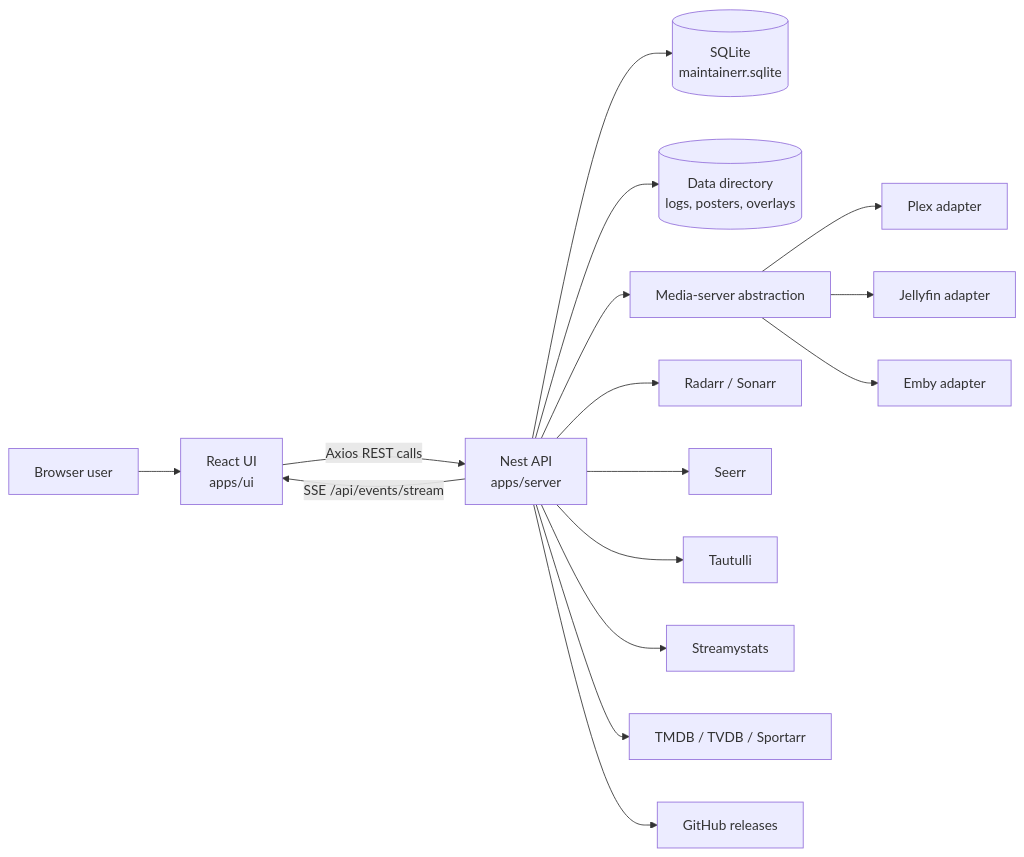
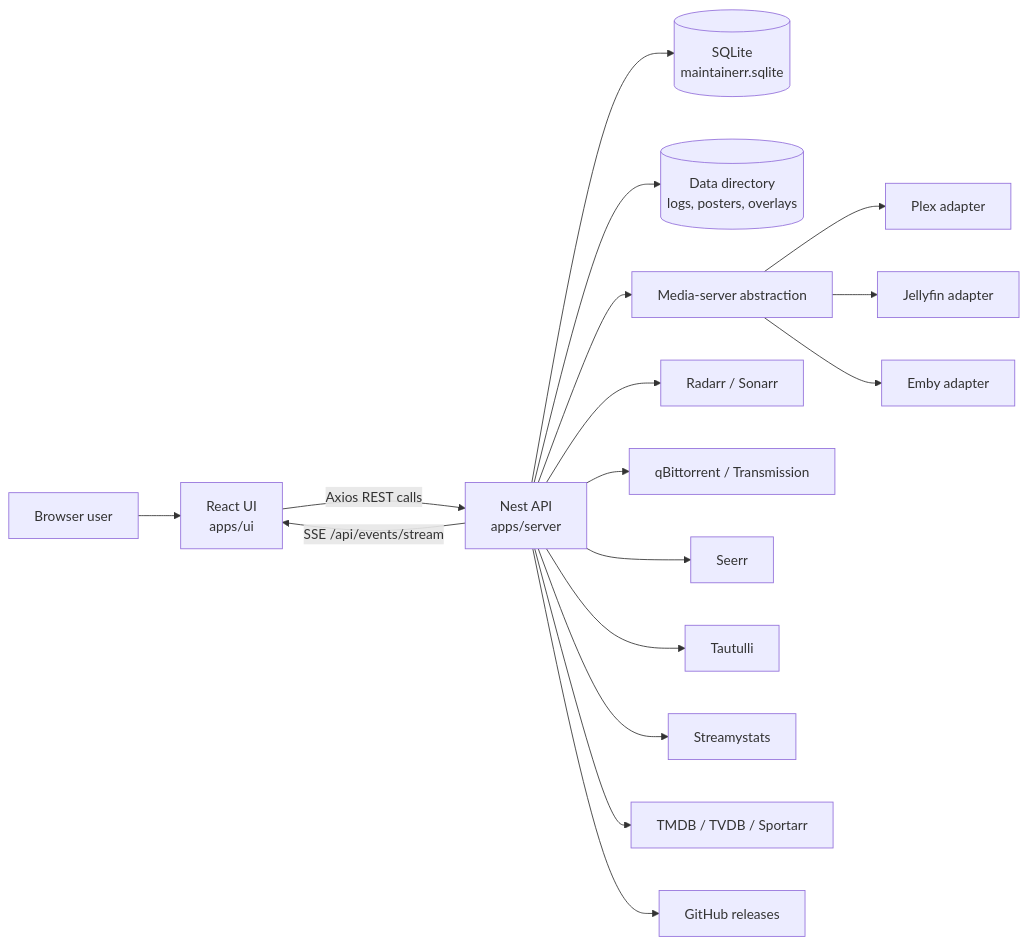
The diagram in ARCHITECTURE.md (Maintainerr/Maintainerr), drawn with Mermaid before and after one commit. The commit also changed other lines of this file and 36 other files, not shown here.

First line of the commit message:
feat: add Transmission download client cleanup (#3693)

````diff
--- a/ARCHITECTURE.md
+++ b/ARCHITECTURE.md
@@ -40,18 +40,19 @@
 ```mermaid
 flowchart LR
   User["Browser user"] --> UI["React UI<br/>apps/ui"]
   UI -->|"Axios REST calls"| API["Nest API<br/>apps/server"]
   API -->|"SSE /api/events/stream"| UI
   API --> DB[("SQLite<br/>maintainerr.sqlite")]
   API --> Data[("Data directory<br/>logs, posters, overlays")]
   API --> Media["Media-server abstraction"]
   Media --> Plex["Plex adapter"]
   Media --> Jellyfin["Jellyfin adapter"]
   Media --> Emby["Emby adapter"]
   API --> Servarr["Radarr / Sonarr"]
+  API --> DownloadClients["qBittorrent / Transmission"]
   API --> Seerr["Seerr"]
   API --> Tautulli["Tautulli"]
   API --> Streamystats["Streamystats"]
   API --> Metadata["TMDB / TVDB / Sportarr"]
   API --> GitHub["GitHub releases"]
 ```
````
